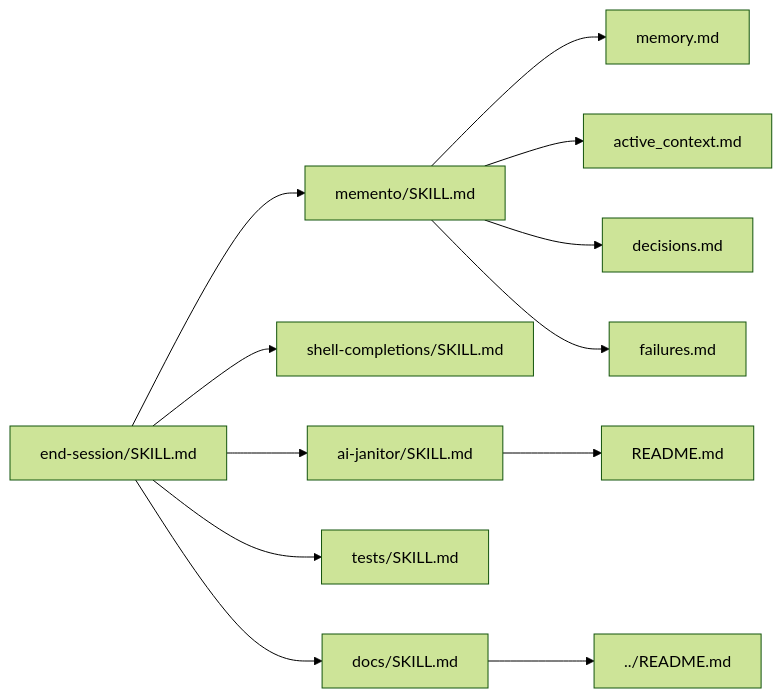
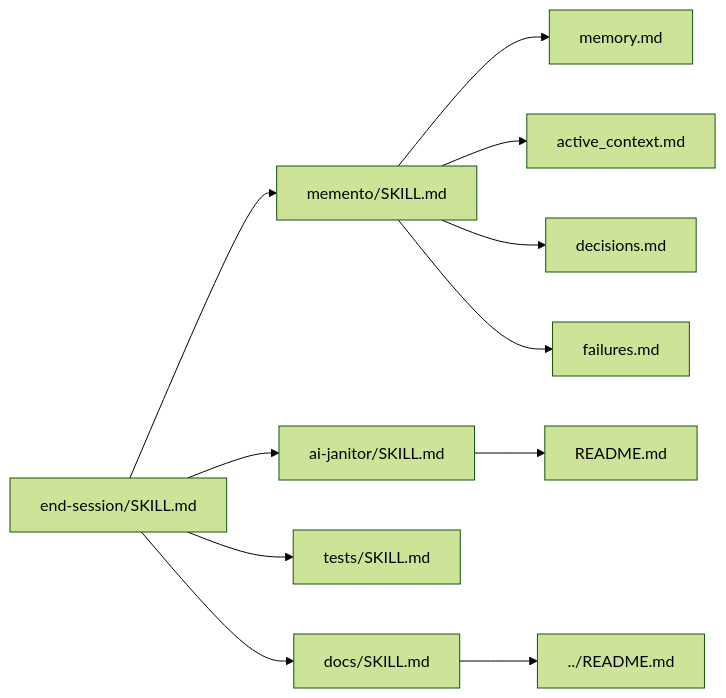
One commit to gobbi9/cr3-keywords changed the second of 2 diagrams in .agents/README.md. Above: the diagram before and after it, drawn with Mermaid (forest theme). The commit also changed other lines of this file and 27 other files, not shown here.

````diff
--- a/.agents/README.md
+++ b/.agents/README.md
@@ -39,16 +39,15 @@
 ```mermaid
 graph LR
   endSession["end-session/SKILL.md"] --> memento["memento/SKILL.md"]
-  endSession --> shellCompletions["shell-completions/SKILL.md"]
   endSession --> janitor["ai-janitor/SKILL.md"]
   endSession --> tests["tests/SKILL.md"]
   endSession --> docs["docs/SKILL.md"]
 
   memento --> memory["memory.md"]
   memento --> active["active_context.md"]
   memento --> decisions["decisions.md"]
   memento --> failures["failures.md"]
 
   janitor --> readme["README.md"]
   docs --> projectReadme["../README.md"]
 ```
````
